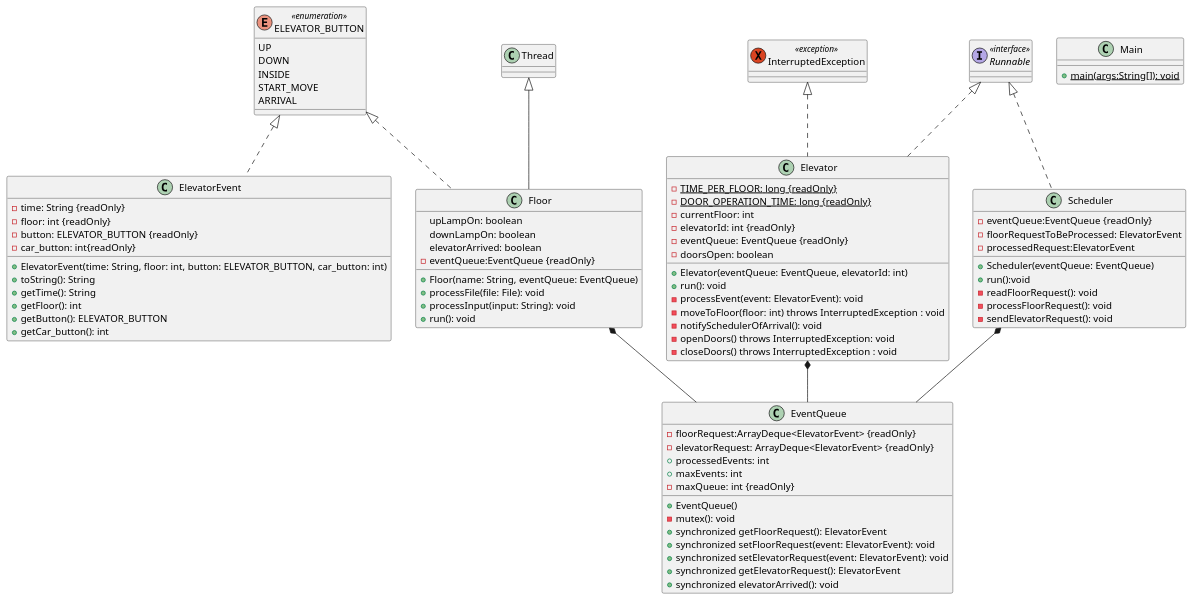
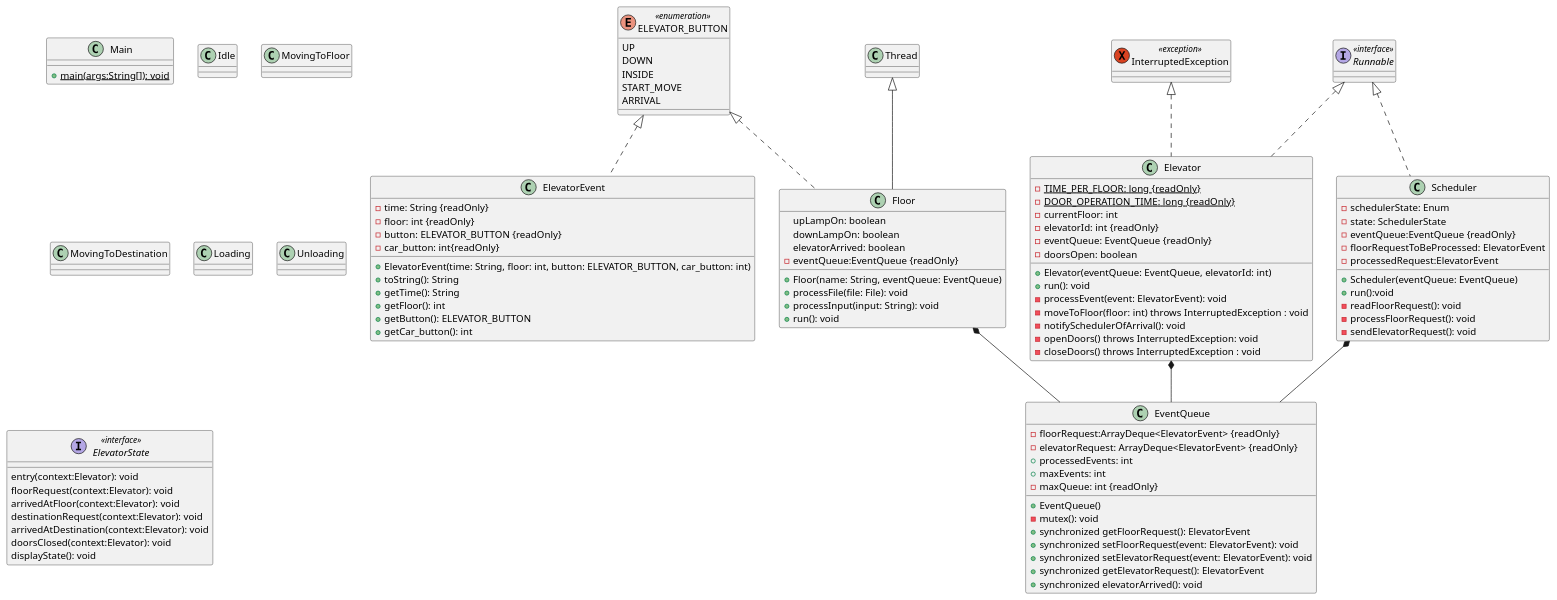
The diagram in ClassDiagram.puml (Sgt-Roukoz/SYSC3303-Project), drawn with PlantUML before and after one commit. The commit also changed 1 other file, not shown here.

Commit message:
Changed method name in sequence diagram, begun editing class diagram

```diff
--- a/ClassDiagram.puml
+++ b/ClassDiagram.puml
@@ -1,107 +1,126 @@
 @startuml
 'https://plantuml.com/class-diagram
 
 class Elevator
 class ElevatorEvent
 class EventQueue
 class Floor
 class Main
 class Scheduler
+class Idle
+class MovingToFloor
+class MovingToDestination
+class Loading
+class Unloading
 enum ELEVATOR_BUTTON <<enumeration>>
 exception InterruptedException <<exception>>
 interface Runnable <<interface>>
+interface ElevatorState <<interface>>
 
 Scheduler *-- EventQueue
 Elevator *-- EventQueue
 Floor *-- EventQueue
 
 InterruptedException <|.. Elevator
 
 ELEVATOR_BUTTON <|.. ElevatorEvent
 ELEVATOR_BUTTON <|.. Floor
+
+interface ElevatorState {
+entry(context:Elevator): void
+floorRequest(context:Elevator): void
+arrivedAtFloor(context:Elevator): void
+destinationRequest(context:Elevator): void
+arrivedAtDestination(context:Elevator): void
+doorsClosed(context:Elevator): void
+displayState(): void
+}
 
 class Elevator implements Runnable {
 -{static} TIME_PER_FLOOR: long {readOnly}
 -{static} DOOR_OPERATION_TIME: long {readOnly}
 -currentFloor: int
 -elevatorId: int {readOnly}
 -eventQueue: EventQueue {readOnly}
 -doorsOpen: boolean
 
 +Elevator(eventQueue: EventQueue, elevatorId: int)
 +run(): void
 -processEvent(event: ElevatorEvent): void
 -moveToFloor(floor: int) throws InterruptedException : void
 -notifySchedulerOfArrival(): void
 -openDoors() throws InterruptedException: void
 -closeDoors() throws InterruptedException : void
 }
 
 enum ELEVATOR_BUTTON {
 UP
 DOWN
 INSIDE
 START_MOVE
 ARRIVAL
 }
 
 class ElevatorEvent{
 -time: String {readOnly}
 -floor: int {readOnly}
 -button: ELEVATOR_BUTTON {readOnly}
 -car_button: int{readOnly}
 
 +ElevatorEvent(time: String, floor: int, button: ELEVATOR_BUTTON, car_button: int)
 +toString(): String
 +getTime(): String
 +getFloor(): int
 +getButton(): ELEVATOR_BUTTON
 +getCar_button(): int
 }
 
 class EventQueue{
 -floorRequest:ArrayDeque<ElevatorEvent> {readOnly}
 -elevatorRequest: ArrayDeque<ElevatorEvent> {readOnly}
 +processedEvents: int
 +maxEvents: int
 -maxQueue: int {readOnly}
 
 +EventQueue()
 -mutex(): void
 +synchronized getFloorRequest(): ElevatorEvent
 +synchronized setFloorRequest(event: ElevatorEvent): void
 +synchronized setElevatorRequest(event: ElevatorEvent): void
 +synchronized getElevatorRequest(): ElevatorEvent
 +synchronized elevatorArrived(): void
 }
 
 class Floor extends Thread{
 upLampOn: boolean
 downLampOn: boolean
 elevatorArrived: boolean
 -eventQueue:EventQueue {readOnly}
 
 +Floor(name: String, eventQueue: EventQueue)
 +processFile(file: File): void
 +processInput(input: String): void
 +run(): void
 }
 
 class Main{
 +{Static} main(args:String[]): void
 }
 
 class Scheduler implements Runnable{
+
+-schedulerState: Enum
+-state: SchedulerState
 -eventQueue:EventQueue {readOnly}
 -floorRequestToBeProcessed: ElevatorEvent
 -processedRequest:ElevatorEvent
 
 +Scheduler(eventQueue: EventQueue)
 +run():void
 -readFloorRequest(): void
 -processFloorRequest(): void
 -sendElevatorRequest(): void
 
 }
 
 @enduml
```
